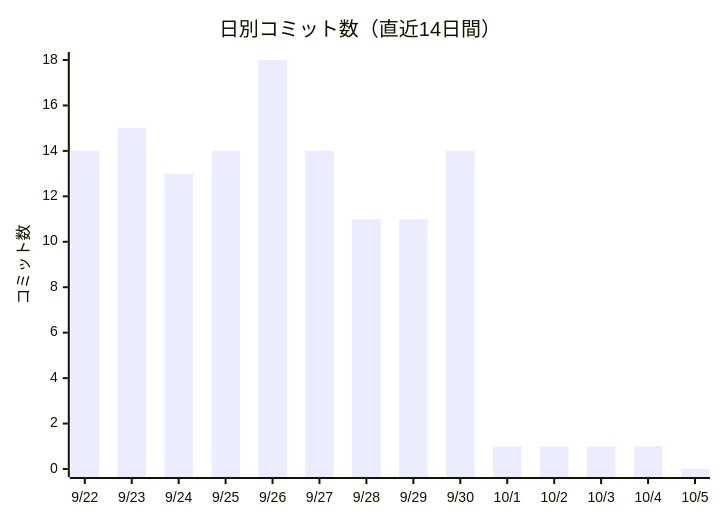
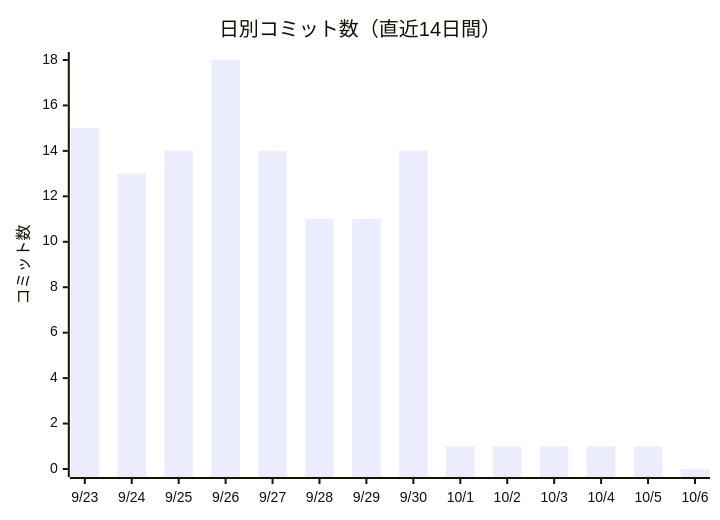
The first of 2 diagrams in docs/進化レポート.md (non-x2/non-x2), drawn with Mermaid before and after one commit. The commit also changed other lines of this file and 1 other file, not shown here.

````diff
--- a/docs/進化レポート.md
+++ b/docs/進化レポート.md
@@ -23,7 +23,7 @@
 ```mermaid
 xychart-beta
     title "日別コミット数（直近14日間）"
-    x-axis ["9/22", "9/23", "9/24", "9/25", "9/26", "9/27", "9/28", "9/29", "9/30", "10/1", "10/2", "10/3", "10/4", "10/5"]
+    x-axis ["9/23", "9/24", "9/25", "9/26", "9/27", "9/28", "9/29", "9/30", "10/1", "10/2", "10/3", "10/4", "10/5", "10/6"]
     y-axis "コミット数"
-    bar [14, 15, 13, 14, 18, 14, 11, 11, 14, 1, 1, 1, 1, 0]
+    bar [15, 13, 14, 18, 14, 11, 11, 14, 1, 1, 1, 1, 1, 0]
 ```
````
